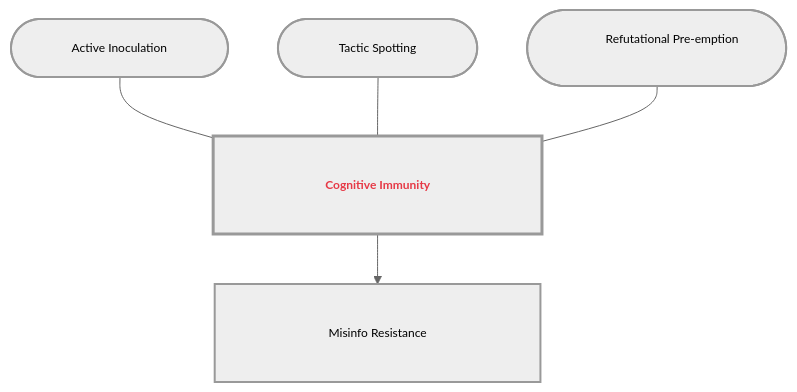
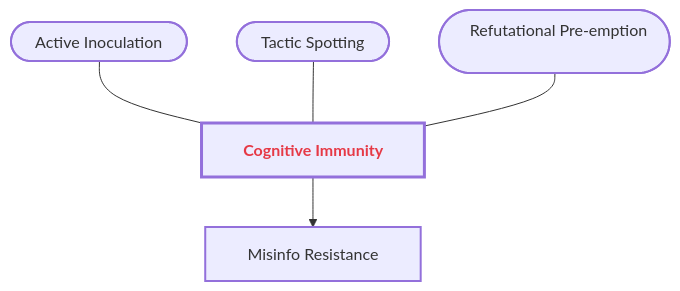
The eighth of 8 diagrams in Communication_Influence/Mastery_Guide_SOW_BS033.md (GM024/CourseSummaries), drawn with Mermaid before and after one commit. The commit also changed other lines of this file, not shown here.

Commit message:
GitHub Native Alignment: Synced font stack and typography for perfect clipping-free fit

````diff
--- a/Communication_Influence/Mastery_Guide_SOW_BS033.md
+++ b/Communication_Influence/Mastery_Guide_SOW_BS033.md
@@ -253,14 +257,14 @@
 ```mermaid
-%%{init: { 'flowchart': { 'padding': 40, 'useMaxWidth': false, 'htmlLabels': true }, 'theme': 'neutral', 'themeVariables': { 'fontSize': '12px' }}}%%
+%%{init: { 'flowchart': { 'padding': 20, 'nodeSpacing': 50, 'rankSpacing': 50, 'useMaxWidth': false }, 'theme': 'neutral', 'themeVariables': { 'fontSize': '14px', 'fontFamily': '-apple-system,BlinkMacSystemFont,"Segoe UI",Helvetica,Arial,sans-serif' }}}%%
 graph TD
     classDef sandbox stroke-width:2px;
     classDef hub stroke-width:3px,font-weight:bold;
 
-    Hub["&nbsp;&nbsp;&nbsp;&nbsp;&nbsp;&nbsp;&nbsp;&nbsp;&nbsp;&nbsp; <span style='color:#e63946'><b>Cognitive Immunity</b></span> &nbsp;&nbsp;&nbsp;&nbsp;&nbsp;&nbsp;&nbsp;&nbsp;&nbsp;&nbsp;"]:::hub
+    Hub["&nbsp;&nbsp; <span style='color:#e63946'><b>Cognitive Immunity</b></span> &nbsp;&nbsp;"]:::hub
     
-    S1(["&nbsp;&nbsp;&nbsp;&nbsp;&nbsp;&nbsp;&nbsp;&nbsp;&nbsp;&nbsp; Active Inoculation &nbsp;&nbsp;&nbsp;&nbsp;&nbsp;&nbsp;&nbsp;&nbsp;&nbsp;&nbsp;"]):::sandbox --- Hub
-    S2(["&nbsp;&nbsp;&nbsp;&nbsp;&nbsp;&nbsp;&nbsp;&nbsp;&nbsp;&nbsp; Tactic Spotting &nbsp;&nbsp;&nbsp;&nbsp;&nbsp;&nbsp;&nbsp;&nbsp;&nbsp;&nbsp;"]):::sandbox --- Hub
-    S3(["&nbsp;&nbsp;&nbsp;&nbsp;&nbsp;&nbsp;&nbsp;&nbsp;&nbsp;&nbsp; Refutational Pre-emption &nbsp;&nbsp;&nbsp;&nbsp;&nbsp;&nbsp;&nbsp;&nbsp;&nbsp;&nbsp;"]):::sandbox --- Hub
+    S1(["&nbsp;&nbsp; Active Inoculation &nbsp;&nbsp;"]):::sandbox --- Hub
+    S2(["&nbsp;&nbsp; Tactic Spotting &nbsp;&nbsp;"]):::sandbox --- Hub
+    S3(["&nbsp;&nbsp; Refutational Pre-emption &nbsp;&nbsp;"]):::sandbox --- Hub
     
-    Hub --> B1["&nbsp;&nbsp;&nbsp;&nbsp;&nbsp;&nbsp;&nbsp;&nbsp;&nbsp;&nbsp; Misinfo Resistance &nbsp;&nbsp;&nbsp;&nbsp;&nbsp;&nbsp;&nbsp;&nbsp;&nbsp;&nbsp;"]:::sandbox
+    Hub --> B1["&nbsp;&nbsp; Misinfo Resistance &nbsp;&nbsp;"]:::sandbox
 ```
````
